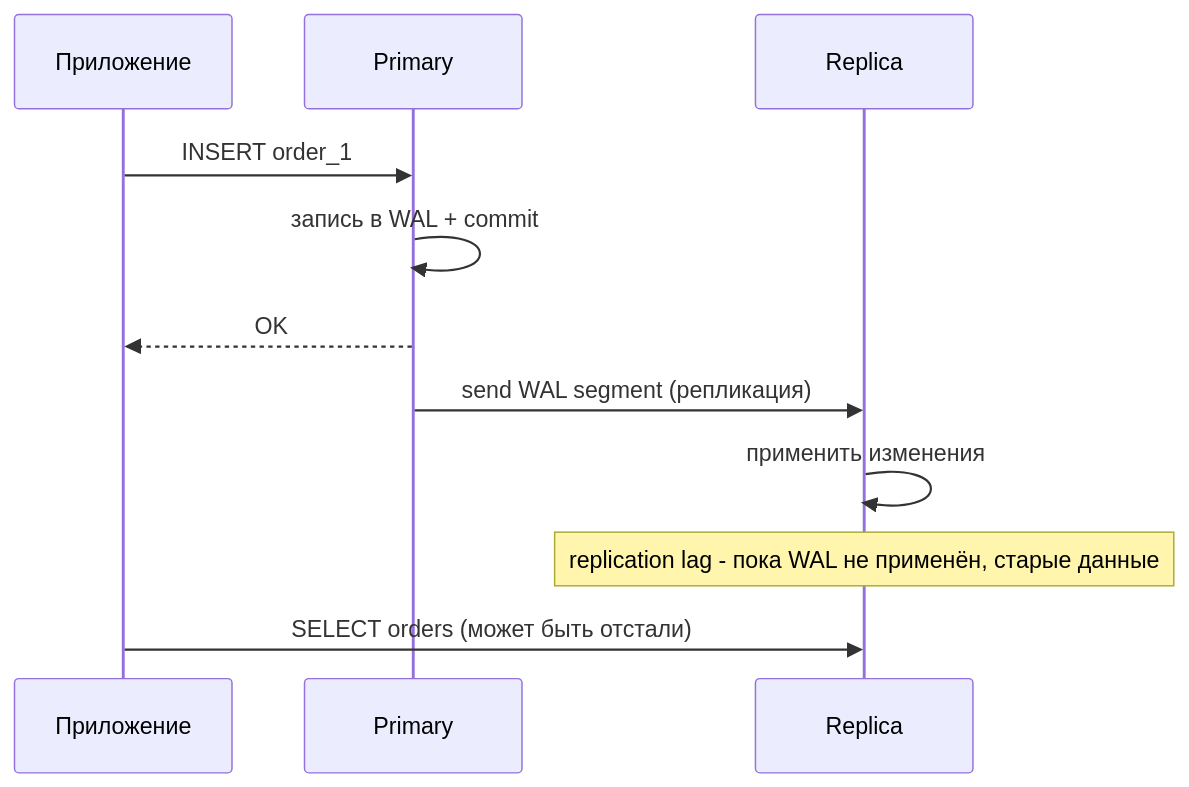
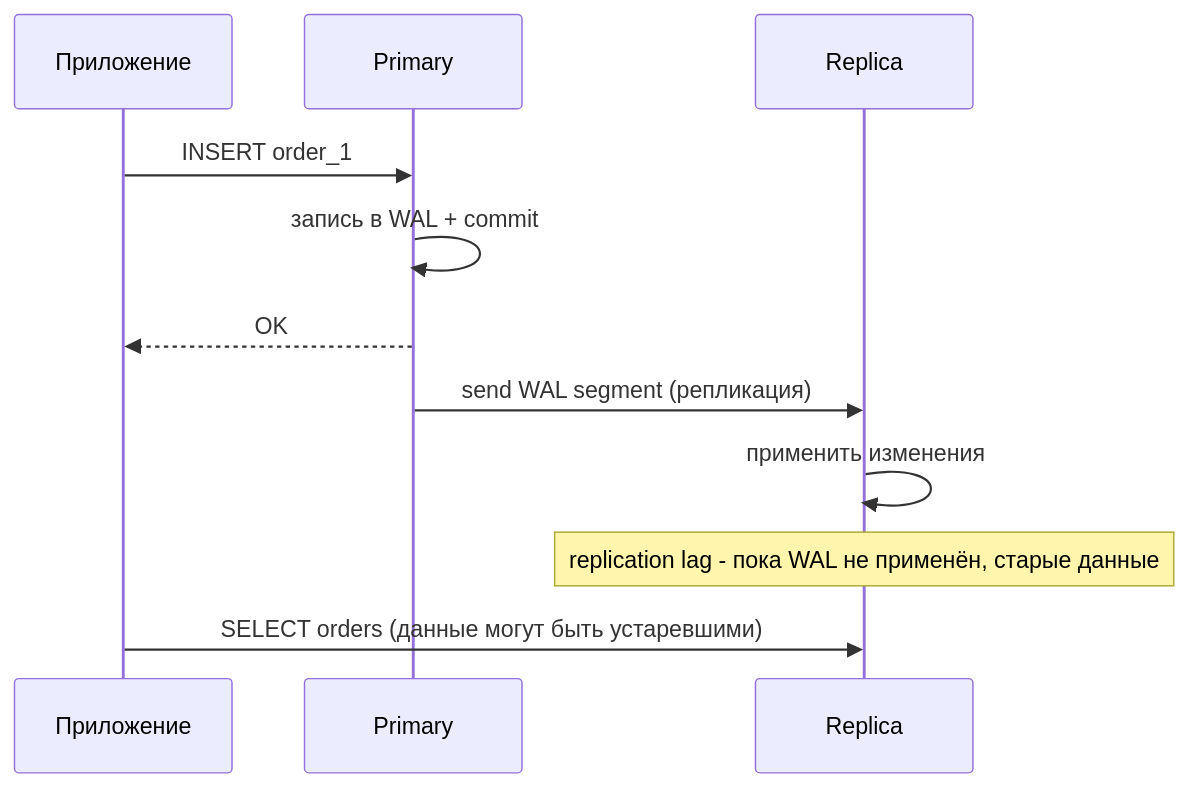
One commit to Groghrus/fullstack-core changed the second of 2 diagrams in packages/content/themes/06-bazy-dannyh/replication.md. Above: the diagram before and after it, drawn with Mermaid. The commit also changed other lines of this file and 32 other files, not shown here.

````diff
--- a/packages/content/themes/06-bazy-dannyh/replication.md
+++ b/packages/content/themes/06-bazy-dannyh/replication.md
@@ -57,13 +57,13 @@
 ```mermaid
 sequenceDiagram
     participant A as Приложение
     participant P as Primary
     participant R as Replica
     A->>P: INSERT order_1
     P->>P: запись в WAL + commit
     P-->>A: OK
     P->>R: send WAL segment (репликация)
     R->>R: применить изменения
     Note over R: replication lag - пока WAL не применён, старые данные
-    A->>R: SELECT orders (может быть отстали)
+    A->>R: SELECT orders (данные могут быть устаревшими)
 ```
````
